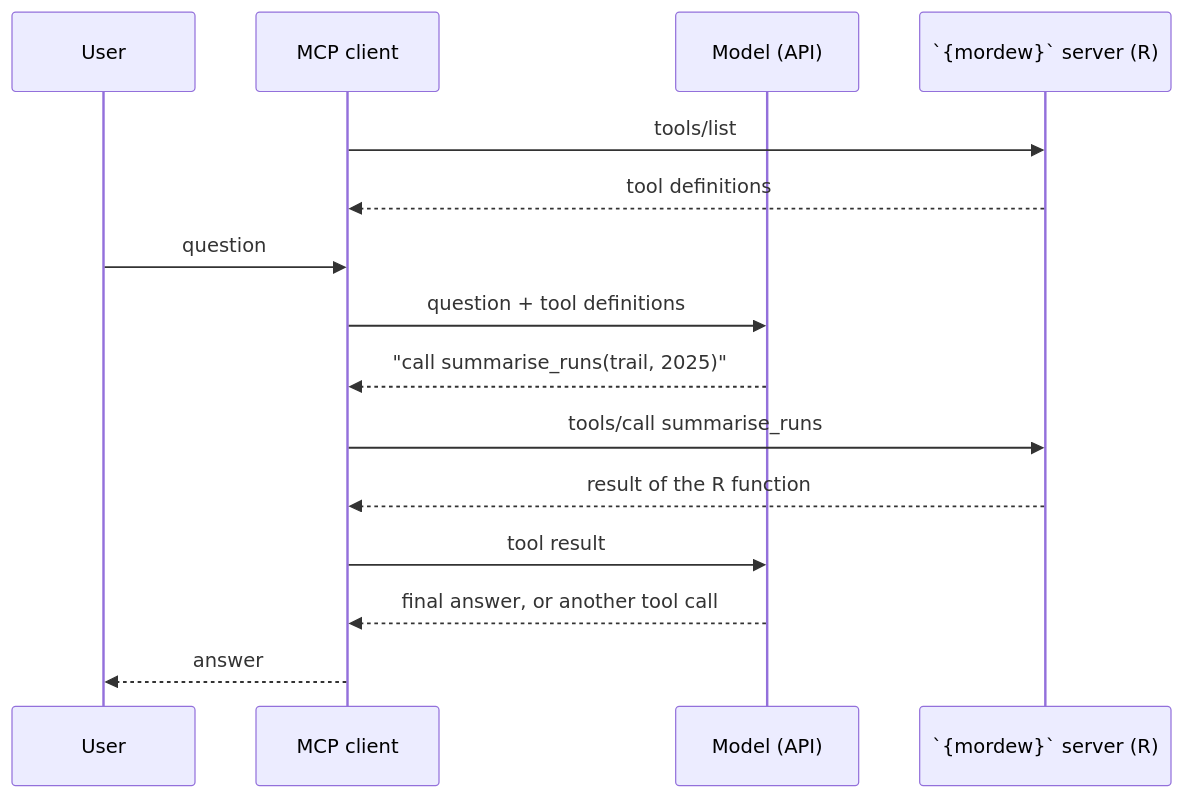
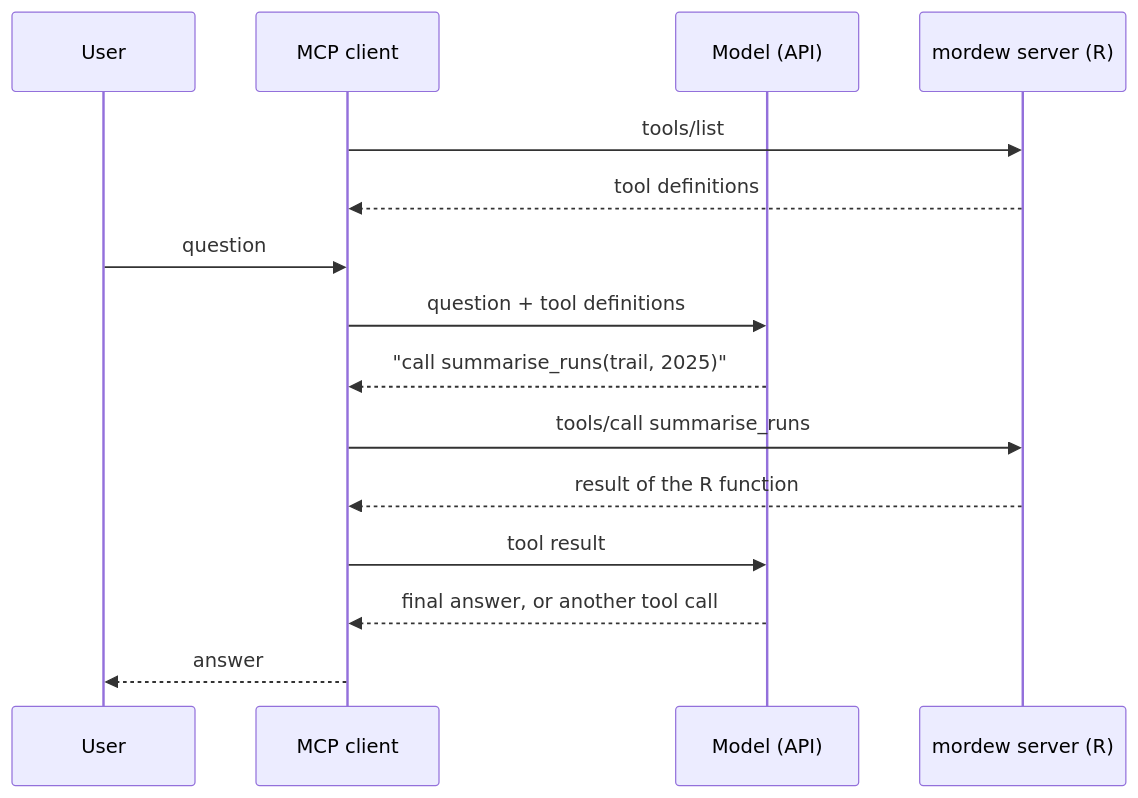
Before and after one commit to ThinkR-open/mordew: the first of 4 diagrams in README.md, drawn with Mermaid. The commit also changed other lines of this file and 13 other files, not shown here.

````diff
--- a/README.md
+++ b/README.md
@@ -187,17 +189,17 @@
 ```mermaid
 sequenceDiagram
   participant U as User
   participant C as MCP client
   participant M as Model (API)
-  participant S as `{mordew}` server (R)
+  participant S as mordew server (R)
   C->>S: tools/list
   S-->>C: tool definitions
   U->>C: question
   C->>M: question + tool definitions
   M-->>C: "call summarise_runs(trail, 2025)"
   C->>S: tools/call summarise_runs
   S-->>C: result of the R function
   C->>M: tool result
   M-->>C: final answer, or another tool call
   C-->>U: answer
 ```
````
